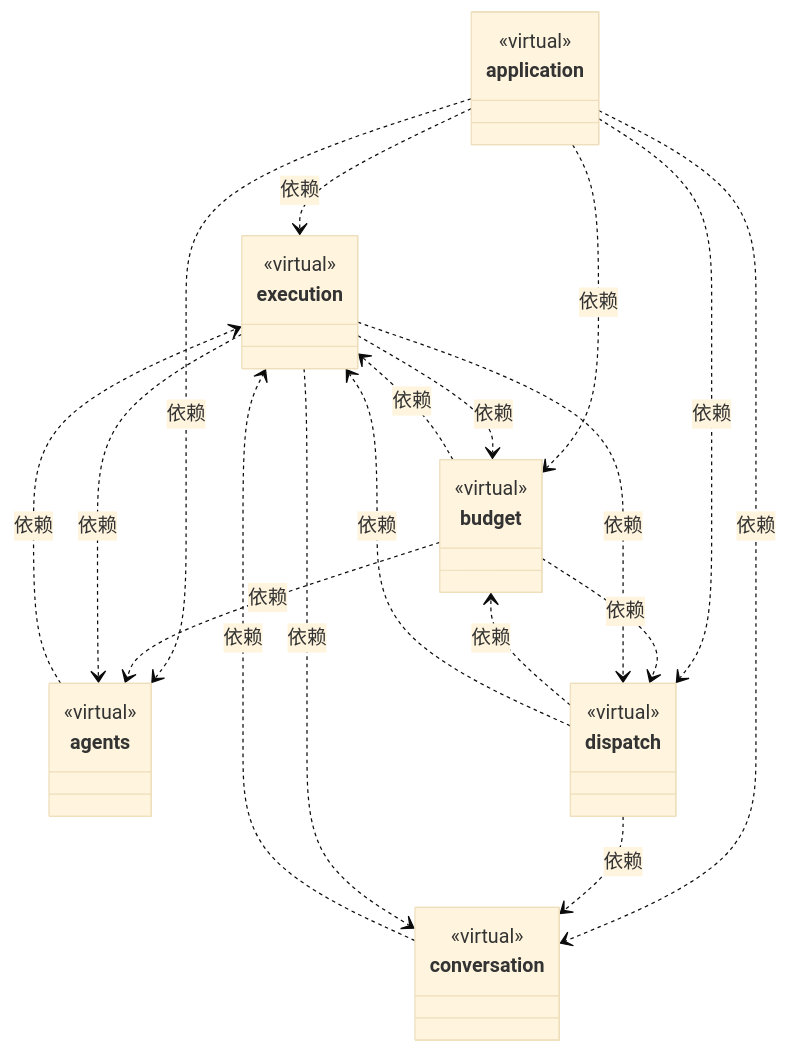
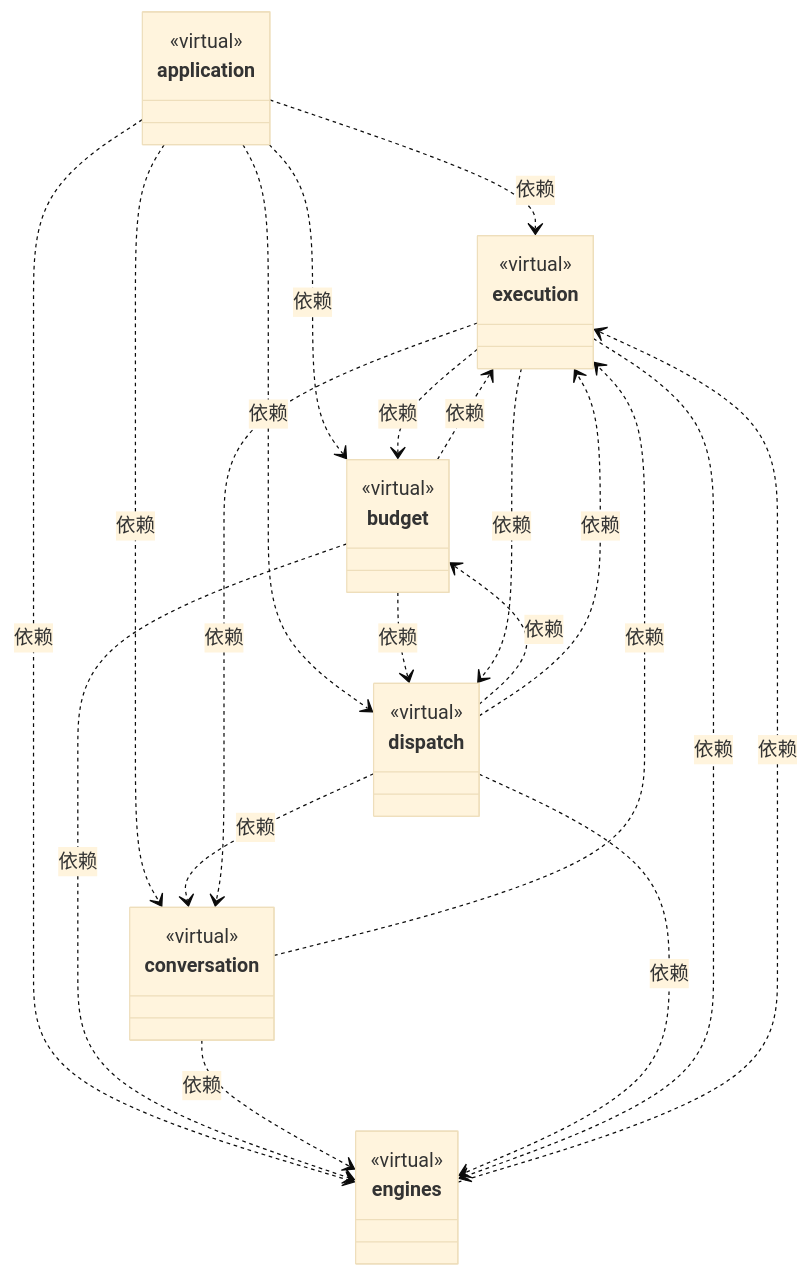
Before and after one commit to nan023062/cbim: the first of 5 diagrams in src/logic/ARCHITECTURE.md, drawn with Mermaid (base theme). The commit also changed other lines of this file and 374 other files, not shown here.

````diff
--- a/src/logic/ARCHITECTURE.md
+++ b/src/logic/ARCHITECTURE.md
@@ -27,44 +27,46 @@
 ```mermaid
 classDiagram
 class N_9bb8d52e2465["execution"] {
   <<virtual>>
 }
 click N_9bb8d52e2465 href "execution/ARCHITECTURE.md"
-class N_81f01834f53a["agents"] {
-  <<virtual>>
-}
-click N_81f01834f53a href "agents/ARCHITECTURE.md"
 class N_90eda1f2990a["application"] {
   <<virtual>>
 }
 click N_90eda1f2990a href "application/ARCHITECTURE.md"
 class N_91b17dc200ac["budget"] {
   <<virtual>>
 }
 click N_91b17dc200ac href "budget/ARCHITECTURE.md"
 class N_653d2c46fc15["conversation"] {
   <<virtual>>
 }
 click N_653d2c46fc15 href "conversation/ARCHITECTURE.md"
 class N_9867cd81cfd9["dispatch"] {
   <<virtual>>
 }
 click N_9867cd81cfd9 href "dispatch/ARCHITECTURE.md"
-N_81f01834f53a ..> N_9bb8d52e2465 : 依赖
-N_90eda1f2990a ..> N_81f01834f53a : 依赖
+class N_dc98898e0b75["engines"] {
+  <<virtual>>
+}
+click N_dc98898e0b75 href "engines/ARCHITECTURE.md"
 N_90eda1f2990a ..> N_91b17dc200ac : 依赖
 N_90eda1f2990a ..> N_653d2c46fc15 : 依赖
 N_90eda1f2990a ..> N_9867cd81cfd9 : 依赖
+N_90eda1f2990a ..> N_dc98898e0b75 : 依赖
 N_90eda1f2990a ..> N_9bb8d52e2465 : 依赖
-N_91b17dc200ac ..> N_81f01834f53a : 依赖
 N_91b17dc200ac ..> N_9867cd81cfd9 : 依赖
+N_91b17dc200ac ..> N_dc98898e0b75 : 依赖
 N_91b17dc200ac ..> N_9bb8d52e2465 : 依赖
+N_653d2c46fc15 ..> N_dc98898e0b75 : 依赖
 N_653d2c46fc15 ..> N_9bb8d52e2465 : 依赖
 N_9867cd81cfd9 ..> N_91b17dc200ac : 依赖
 N_9867cd81cfd9 ..> N_653d2c46fc15 : 依赖
+N_9867cd81cfd9 ..> N_dc98898e0b75 : 依赖
 N_9867cd81cfd9 ..> N_9bb8d52e2465 : 依赖
-N_9bb8d52e2465 ..> N_81f01834f53a : 依赖
+N_dc98898e0b75 ..> N_9bb8d52e2465 : 依赖
 N_9bb8d52e2465 ..> N_91b17dc200ac : 依赖
 N_9bb8d52e2465 ..> N_653d2c46fc15 : 依赖
 N_9bb8d52e2465 ..> N_9867cd81cfd9 : 依赖
+N_9bb8d52e2465 ..> N_dc98898e0b75 : 依赖
 ```
````
